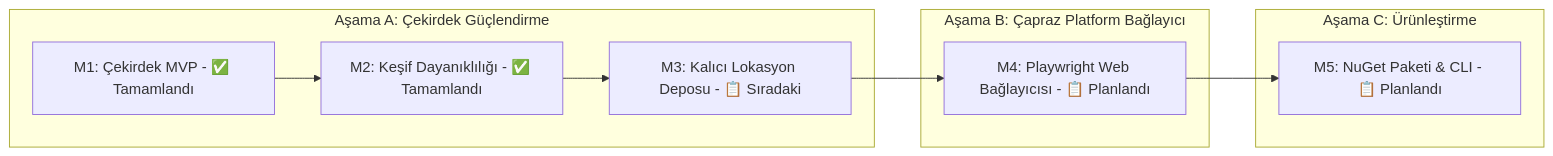
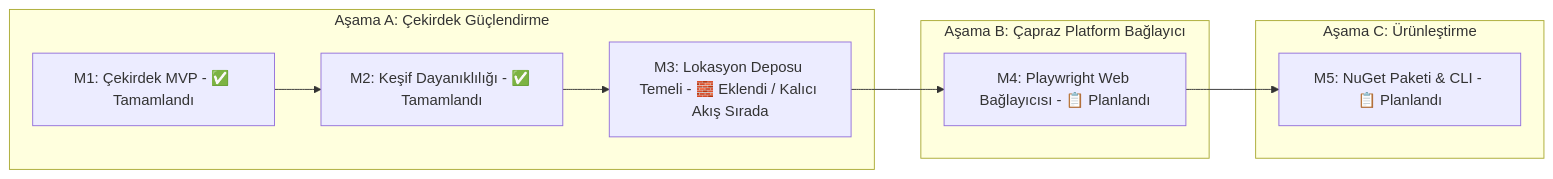
Before and after one commit to mustafasercansak/automation-sandbox: the sixth of 6 diagrams in PROJECT_SHOWCASE.md, drawn with Mermaid. The commit also changed other lines of this file and 8 other files, not shown here.

````diff
--- a/PROJECT_SHOWCASE.md
+++ b/PROJECT_SHOWCASE.md
@@ -361,16 +361,16 @@
 ```mermaid
 graph LR
     subgraph PhaseA [Aşama A: Çekirdek Güçlendirme]
         M1[M1: Çekirdek MVP - ✅ Tamamlandı]
         M2[M2: Keşif Dayanıklılığı - ✅ Tamamlandı]
-        M3[M3: Kalıcı Lokasyon Deposu - 📋 Sıradaki]
+        M3[M3: Lokasyon Deposu Temeli - 🧱 Eklendi / Kalıcı Akış Sırada]
         M1 --> M2 --> M3
     end
     subgraph PhaseB [Aşama B: Çapraz Platform Bağlayıcı]
         M4[M4: Playwright Web Bağlayıcısı - 📋 Planlandı]
     end
     subgraph PhaseC [Aşama C: Ürünleştirme]
         M5[M5: NuGet Paketi & CLI - 📋 Planlandı]
     end
     M3 --> M4 --> M5
 ```
````
